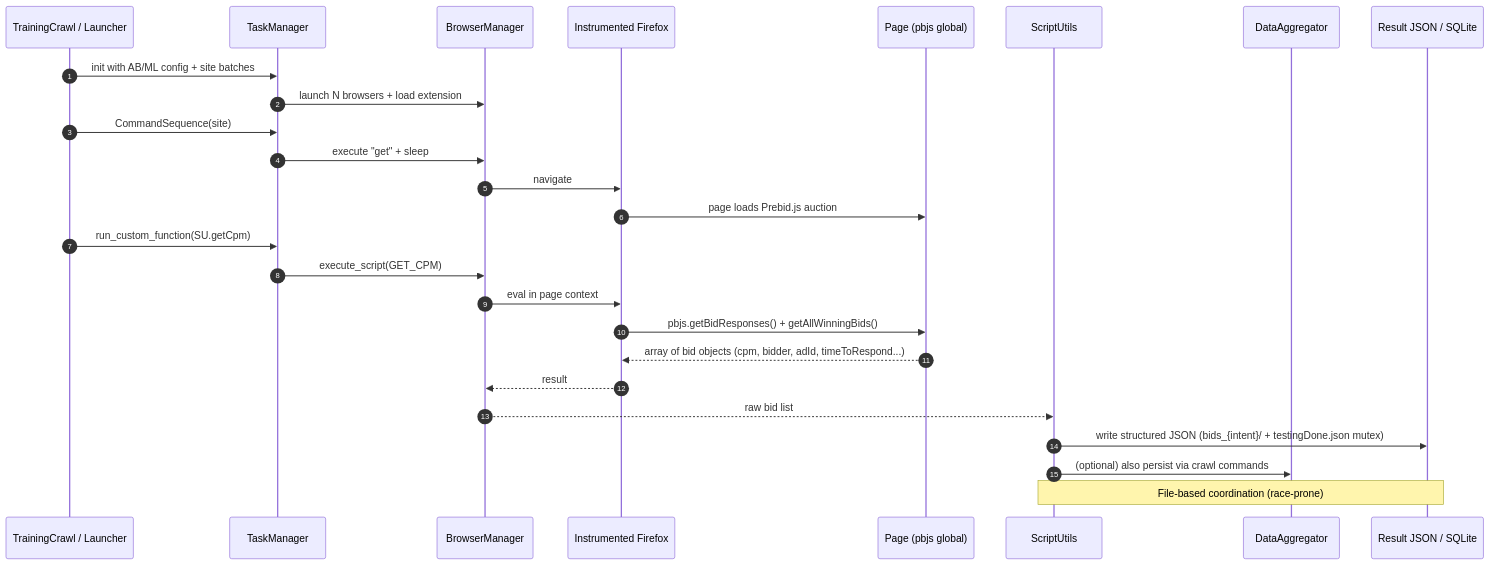
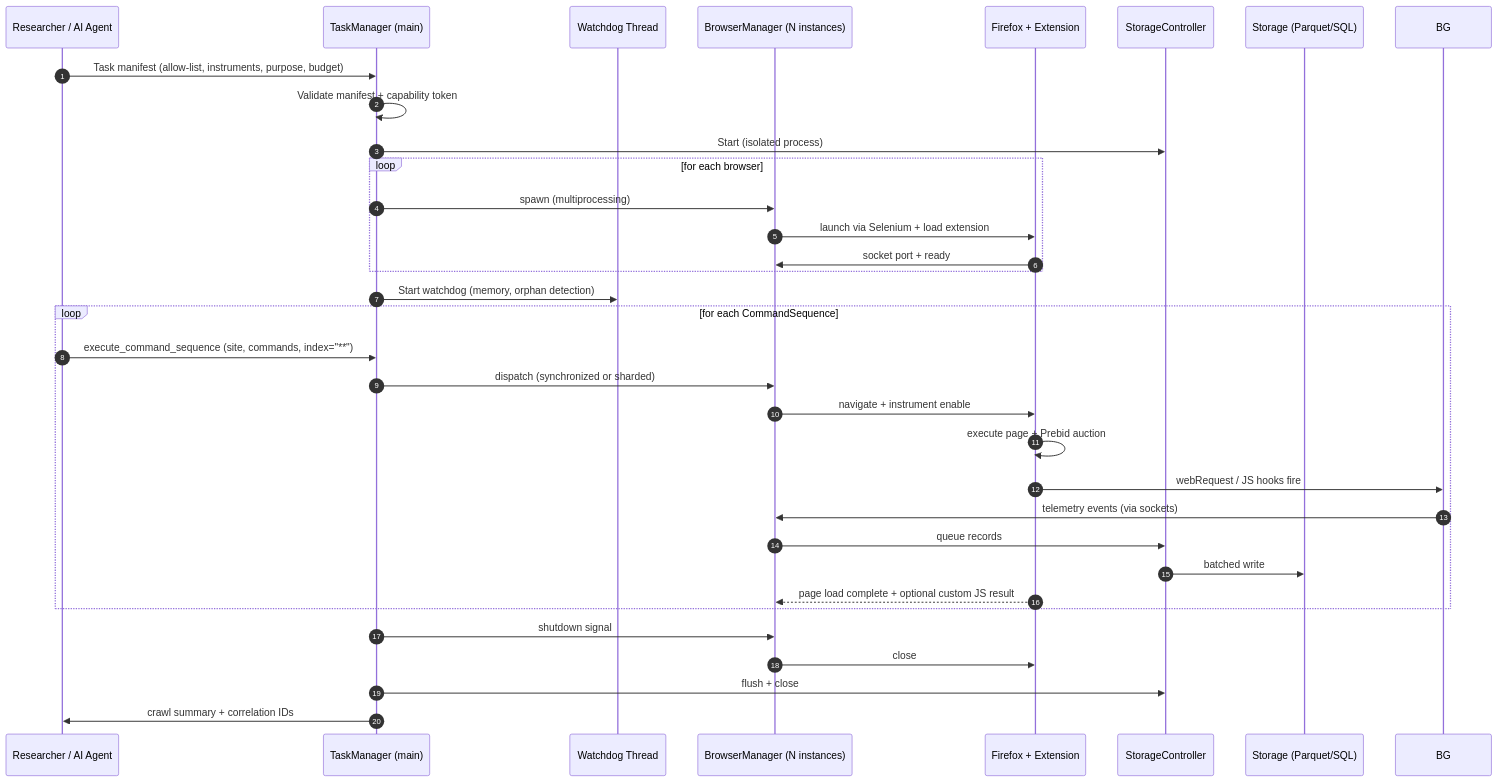
One commit to code4johnm/headerbidding changed the third of 5 diagrams in docs/Architecture.md. Above: the diagram before and after it, drawn with Mermaid. The commit also changed other lines of this file and 322 other files, not shown here.

````diff
--- a/docs/Architecture.md
+++ b/docs/Architecture.md
@@ -109,29 +136,38 @@
 ```mermaid
 sequenceDiagram
     autonumber
-    participant Orchestrator as TrainingCrawl / Launcher
-    participant TM as TaskManager
-    participant BM as BrowserManager
-    participant FF as Instrumented Firefox
-    participant PBJS as Page (pbjs global)
-    participant SU as ScriptUtils
-    participant DA as DataAggregator
-    participant FS as Result JSON / SQLite
+    participant R as Researcher / AI Agent
+    participant TM as TaskManager (main)
+    participant WD as Watchdog Thread
+    participant BM as BrowserManager (N instances)
+    participant FF as Firefox + Extension
+    participant SC as StorageController
+    participant ST as Storage (Parquet/SQL)
 
-    Orchestrator->>TM: init with AB/ML config + site batches
-    TM->>BM: launch N browsers + load extension
-    Orchestrator->>TM: CommandSequence(site)
-    TM->>BM: execute "get" + sleep
-    BM->>FF: navigate
-    FF->>PBJS: page loads Prebid.js auction
-    Orchestrator->>TM: run_custom_function(SU.getCpm)
-    TM->>BM: execute_script(GET_CPM)
-    BM->>FF: eval in page context
-    FF->>PBJS: pbjs.getBidResponses() + getAllWinningBids()
-    PBJS-->>FF: array of bid objects (cpm, bidder, adId, timeToRespond...)
-    FF-->>BM: result
-    BM-->>SU: raw bid list
-    SU->>FS: write structured JSON (bids_{intent}/ + testingDone.json mutex)
-    SU->>DA: (optional) also persist via crawl commands
-    Note over SU,FS: File-based coordination (race-prone)
+    R->>TM: Task manifest (allow-list, instruments, purpose, budget)
+    TM->>TM: Validate manifest + capability token
+    TM->>SC: Start (isolated process)
+    loop for each browser
+        TM->>BM: spawn (multiprocessing)
+        BM->>FF: launch via Selenium + load extension
+        FF->>BM: socket port + ready
+    end
+    TM->>WD: Start watchdog (memory, orphan detection)
+
+    loop for each CommandSequence
+        R->>TM: execute_command_sequence (site, commands, index="**")
+        TM->>BM: dispatch (synchronized or sharded)
+        BM->>FF: navigate + instrument enable
+        FF->>FF: execute page + Prebid auction
+        FF->>BG: webRequest / JS hooks fire
+        BG->>BM: telemetry events (via sockets)
+        BM->>SC: queue records
+        SC->>ST: batched write
+        FF-->>BM: page load complete + optional custom JS result
+    end
+
+    TM->>BM: shutdown signal
+    BM->>FF: close
+    TM->>SC: flush + close
+    TM->>R: crawl summary + correlation IDs
 ```
````
